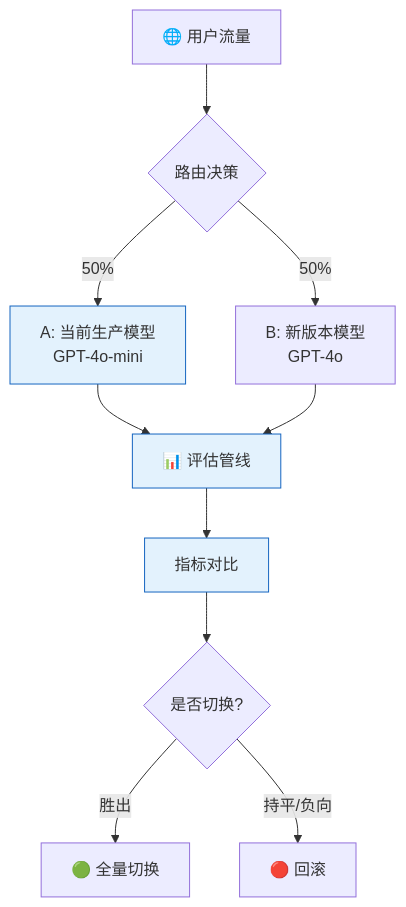
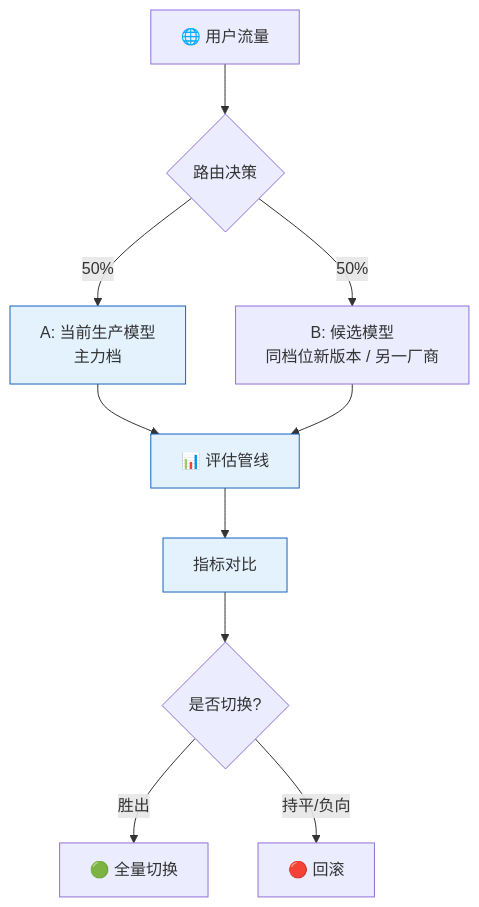
The second of 3 diagrams in docs/S5-AI/01-实战篇/05-生产化与工程化.md (KMaybe01/interview-demo), drawn with Mermaid before and after one commit. The commit also changed other lines of this file and 27 other files, not shown here.

````diff
--- a/docs/S5-AI/01-实战篇/05-生产化与工程化.md
+++ b/docs/S5-AI/01-实战篇/05-生产化与工程化.md
@@ -647,19 +650,19 @@
 ```mermaid
 graph TD
     Traffic["🌐 用户流量"] --> Router{"路由决策"}
-    Router -->|50%| Control["A: 当前生产模型<br/>GPT-4o-mini"]
-    Router -->|50%| Variant["B: 新版本模型<br/>GPT-4o"]
+    Router -->|50%| Control["A: 当前生产模型<br/>主力档"]
+    Router -->|50%| Variant["B: 候选模型<br/>同档位新版本 / 另一厂商"]
     
     Control --> Eval["📊 评估管线"]
     Variant --> Eval
     
     Eval --> Metrics["指标对比"]
     Metrics --> Decision{"是否切换?"}
     Decision -->|胜出| Deploy["🟢 全量切换"]
     Decision -->|持平/负向| Rollback["🔴 回滚"]
     
     classDef control fill:#e3f2fd,stroke:#1565c0;
     classDef variant fill:#fff3e0,stroke:#e65100;
     class Control,Eval,Metrics control;
     class Variant decision;
 ```
````
